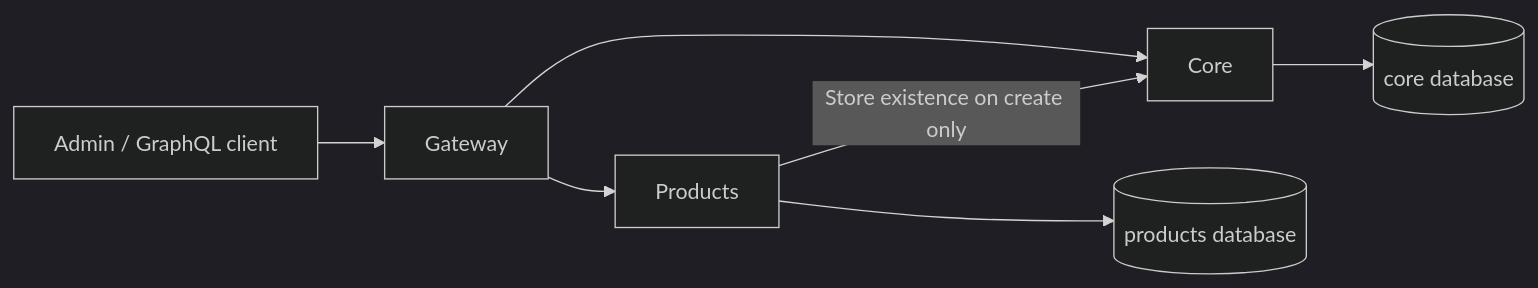
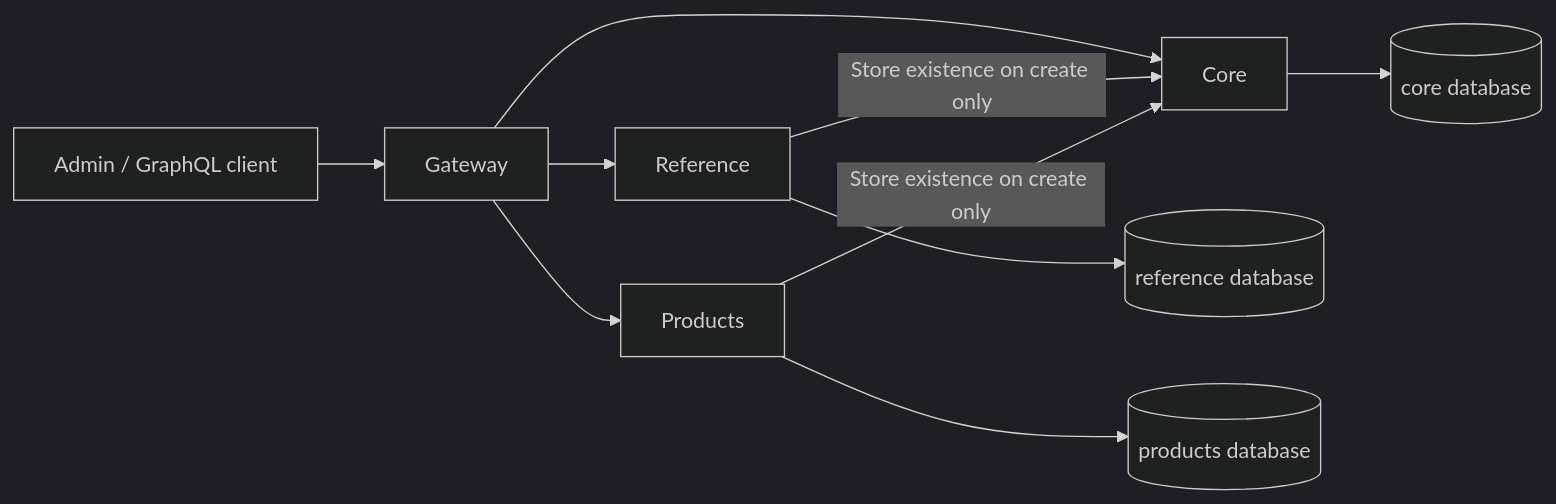
The diagram in docs/architecture/overview.md (agavazov/holita), drawn with Mermaid (dark theme) before and after one commit. The commit also changed other lines of this file and 193 other files, not shown here.

````diff
--- a/docs/architecture/overview.md
+++ b/docs/architecture/overview.md
@@ -21,9 +22,12 @@
 ```mermaid
 flowchart LR
   Client[Admin / GraphQL client] --> Gateway
   Gateway --> Core
+  Gateway --> Reference
+  Reference -->|Store existence on create only| Core
+  Reference --> ReferenceDB[(reference database)]
   Gateway --> Products
   Products -->|Store existence on create only| Core
   Core --> CoreDB[(core database)]
   Products --> ProductsDB[(products database)]
 ```
````
